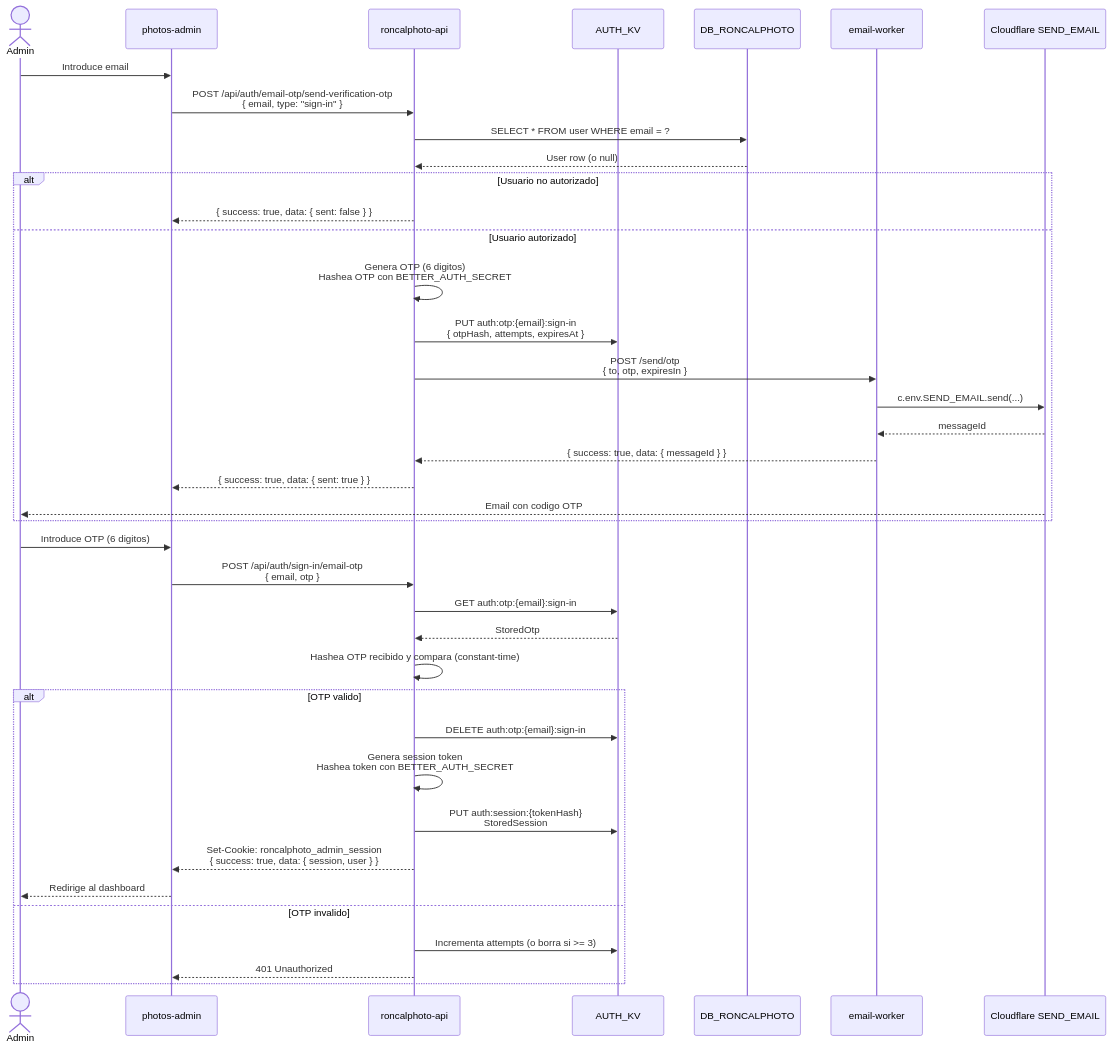
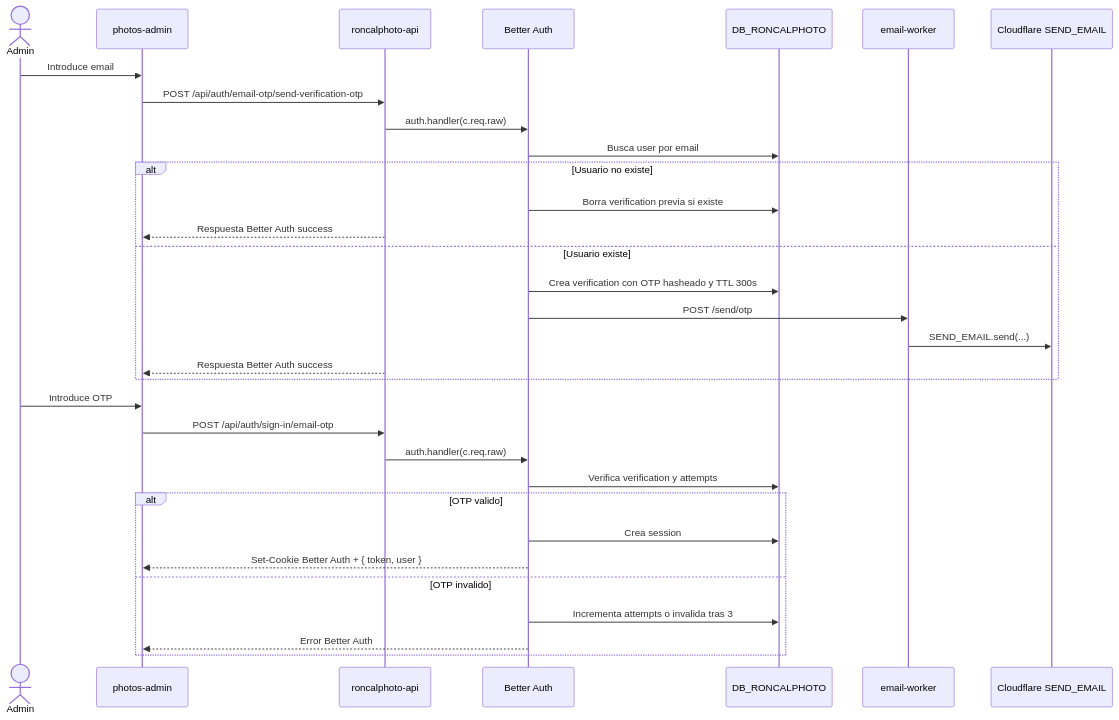
One commit to jmurga97/roncalphoto changed the first of 2 diagrams in docs/auth-flow-guide.md. Above: the diagram before and after it, drawn with Mermaid. The commit also changed other lines of this file and 19 other files, not shown here.

````diff
--- a/docs/auth-flow-guide.md
+++ b/docs/auth-flow-guide.md
@@ -23,43 +19,36 @@
 ```mermaid
 sequenceDiagram
     actor Admin
     participant AdminUI as photos-admin
     participant API as roncalphoto-api
-    participant KV as AUTH_KV
+    participant BA as Better Auth
     participant D1 as DB_RONCALPHOTO
     participant EmailW as email-worker
     participant SendEmail as Cloudflare SEND_EMAIL
 
     Admin->>AdminUI: Introduce email
-    AdminUI->>API: POST /api/auth/email-otp/send-verification-otp<br/>{ email, type: "sign-in" }
-    API->>D1: SELECT * FROM user WHERE email = ?
-    D1-->>API: User row (o null)
-    alt Usuario no autorizado
-        API-->>AdminUI: { success: true, data: { sent: false } }
-    else Usuario autorizado
-        API->>API: Genera OTP (6 digitos)<br/>Hashea OTP con BETTER_AUTH_SECRET
-        API->>KV: PUT auth:otp:{email}:sign-in<br/>{ otpHash, attempts, expiresAt }
-        API->>EmailW: POST /send/otp<br/>{ to, otp, expiresIn }
-        EmailW->>SendEmail: c.env.SEND_EMAIL.send(...)
-        SendEmail-->>EmailW: messageId
-        EmailW-->>API: { success: true, data: { messageId } }
-        API-->>AdminUI: { success: true, data: { sent: true } }
-        SendEmail-->>Admin: Email con codigo OTP
+    AdminUI->>API: POST /api/auth/email-otp/send-verification-otp
+    API->>BA: auth.handler(c.req.raw)
+    BA->>D1: Busca user por email
+    alt Usuario no existe
+        BA->>D1: Borra verification previa si existe
+        API-->>AdminUI: Respuesta Better Auth success
+    else Usuario existe
+        BA->>D1: Crea verification con OTP hasheado y TTL 300s
+        BA->>EmailW: POST /send/otp
+        EmailW->>SendEmail: SEND_EMAIL.send(...)
+        API-->>AdminUI: Respuesta Better Auth success
     end
 
-    Admin->>AdminUI: Introduce OTP (6 digitos)
-    AdminUI->>API: POST /api/auth/sign-in/email-otp<br/>{ email, otp }
-    API->>KV: GET auth:otp:{email}:sign-in
-    KV-->>API: StoredOtp
-    API->>API: Hashea OTP recibido y compara (constant-time)
+    Admin->>AdminUI: Introduce OTP
+    AdminUI->>API: POST /api/auth/sign-in/email-otp
+    API->>BA: auth.handler(c.req.raw)
+    BA->>D1: Verifica verification y attempts
     alt OTP valido
-        API->>KV: DELETE auth:otp:{email}:sign-in
-        API->>API: Genera session token<br/>Hashea token con BETTER_AUTH_SECRET
-        API->>KV: PUT auth:session:{tokenHash}<br/>StoredSession
-        API-->>AdminUI: Set-Cookie: roncalphoto_admin_session<br/>{ success: true, data: { session, user } }
-        AdminUI-->>Admin: Redirige al dashboard
+        BA->>D1: Crea session
+        BA-->>AdminUI: Set-Cookie Better Auth + { token, user }
     else OTP invalido
-        API->>KV: Incrementa attempts (o borra si >= 3)
-        API-->>AdminUI: 401 Unauthorized
+        BA->>D1: Incrementa attempts o invalida tras 3
+        BA-->>AdminUI: Error Better Auth
     end
 ```
````
